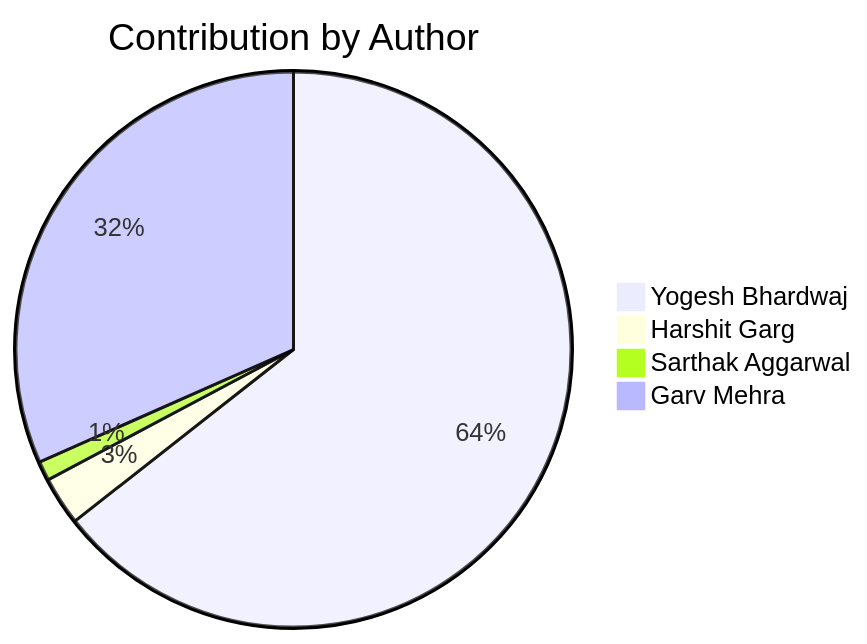
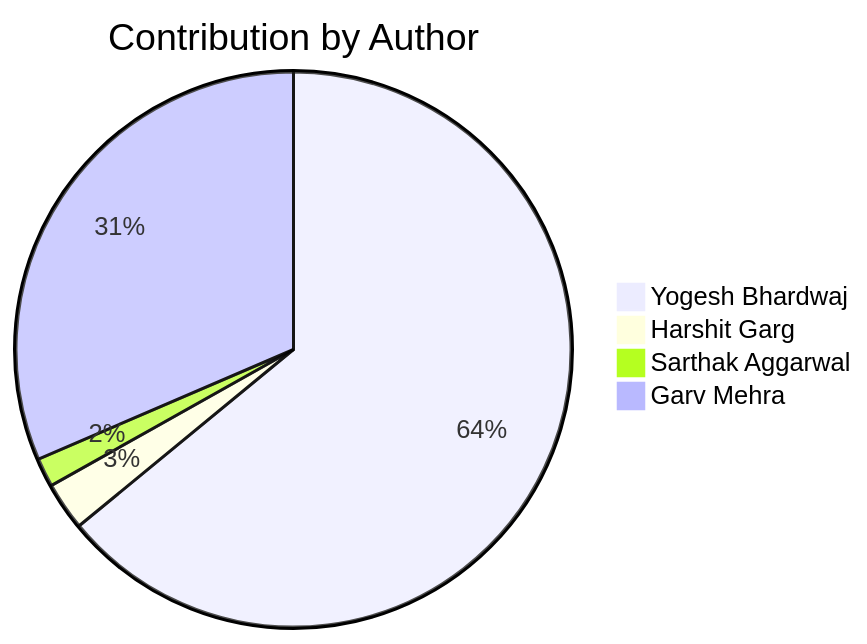
Before and after one commit to Yogesh-Bhardwaj-hue/Scm-Final_2.0: the second of 2 diagrams in README.md, drawn with Mermaid. The commit also changed other lines of this file, not shown here.

Commit message:
Update contribution charts

````diff
--- a/README.md
+++ b/README.md
@@ -192,7 +192,7 @@
 ```mermaid
 pie title Contribution by Author
     "Yogesh Bhardwaj": 114
     "Harshit Garg": 5
-    "Sarthak Aggarwal": 2
+    "Sarthak Aggarwal": 3
     "Garv Mehra": 56
 ```
````
